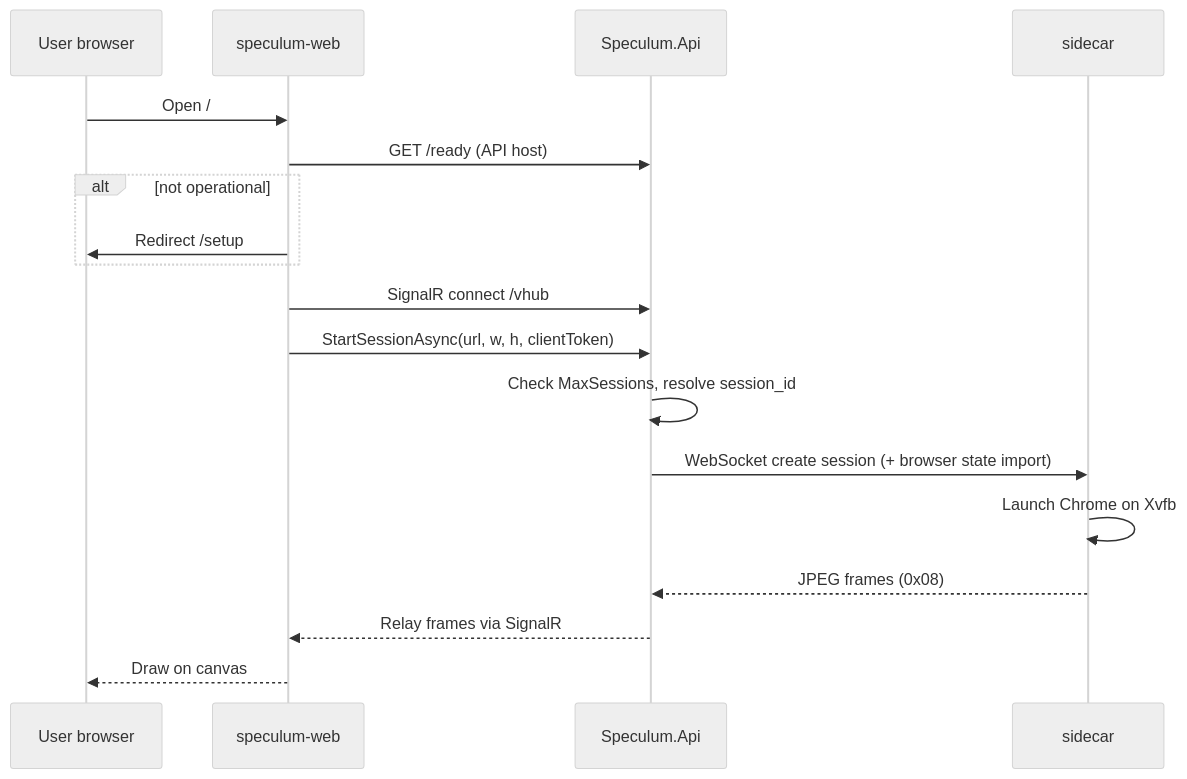
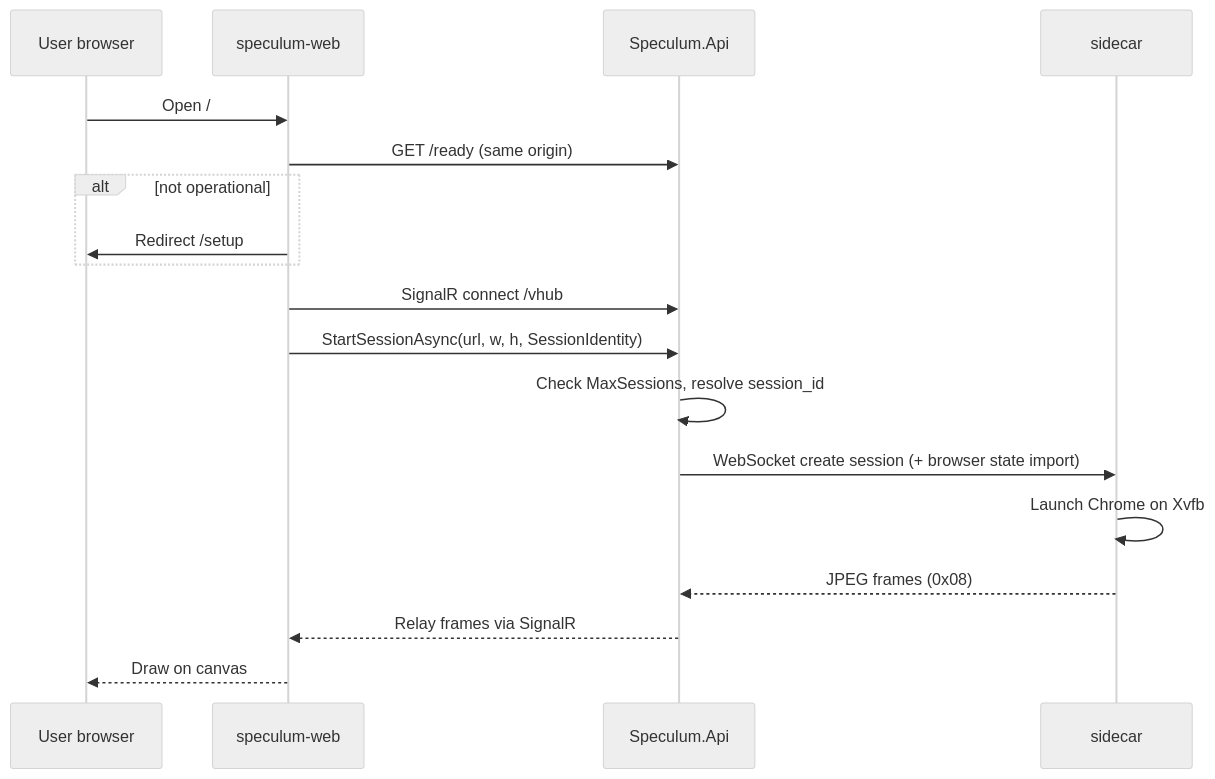
Before and after one commit to rpjax/websete-speculum: the diagram in docs/architecture.md, drawn with Mermaid (neutral theme). The commit also changed other lines of this file and 60 other files, not shown here.

First line of the commit message:
Make Speculum domain-agnostic with same-origin edge and Hosting profiles.

````diff
--- a/docs/architecture.md
+++ b/docs/architecture.md
@@ -101,21 +100,21 @@
 ```mermaid
 sequenceDiagram
     participant U as User browser
     participant W as speculum-web
     participant A as Speculum.Api
     participant S as sidecar
 
     U->>W: Open /
-    W->>A: GET /ready (API host)
+    W->>A: GET /ready (same origin)
     alt not operational
         W->>U: Redirect /setup
     end
     W->>A: SignalR connect /vhub
-    W->>A: StartSessionAsync(url, w, h, clientToken)
+    W->>A: StartSessionAsync(url, w, h, SessionIdentity)
     A->>A: Check MaxSessions, resolve session_id
     A->>S: WebSocket create session (+ browser state import)
     S->>S: Launch Chrome on Xvfb
     S-->>A: JPEG frames (0x08)
     A-->>W: Relay frames via SignalR
     W-->>U: Draw on canvas
 ```
````
